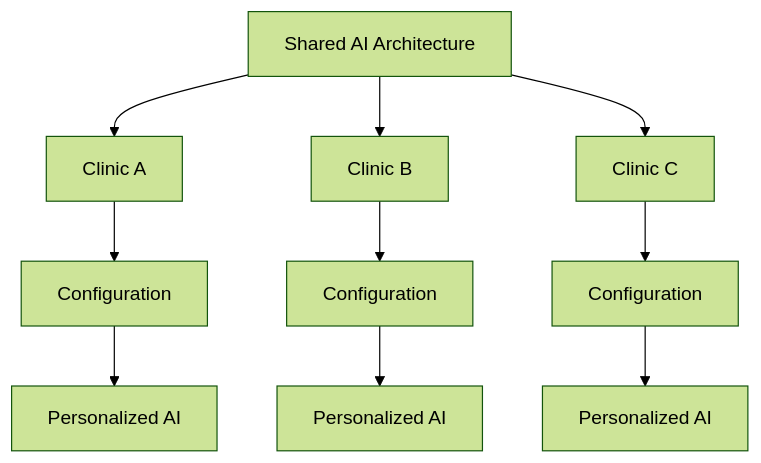
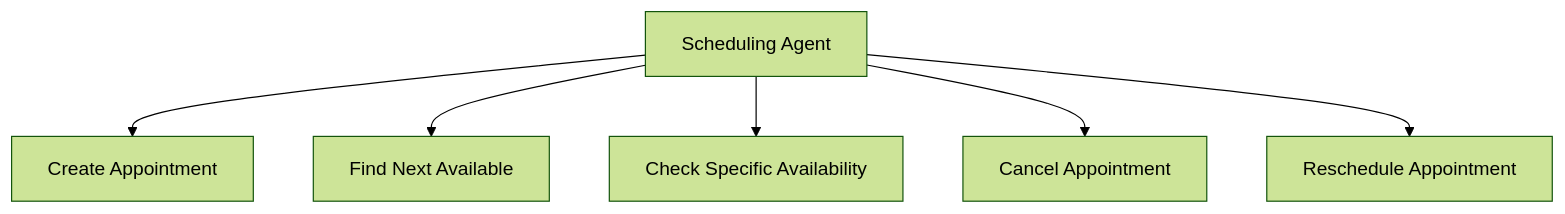
One commit to anthonypereiraa/ai-multi-tenant-system changed the third of 3 diagrams in docs/04-guardrails-e-agentes.md. Above: the diagram before and after it, drawn with Mermaid (forest theme). The commit also changed other lines of this file, not shown here.

````diff
--- a/docs/04-guardrails-e-agentes.md
+++ b/docs/04-guardrails-e-agentes.md
@@ -5,9 +32,8 @@
 ```mermaid
 flowchart TD
-    A[Shared AI Architecture] --> B[Clinic A]
-    A --> C[Clinic B]
-    A --> D[Clinic C]
-    B --> B1[Configuration] --> B2[Personalized AI]
-    C --> C1[Configuration] --> C2[Personalized AI]
-    D --> D1[Configuration] --> D2[Personalized AI]
+    SC[Scheduling Agent] --> T1[Create Appointment]
+    SC --> T2[Find Next Available]
+    SC --> T3[Check Specific Availability]
+    SC --> T4[Cancel Appointment]
+    SC --> T5[Reschedule Appointment]
 ```
````
